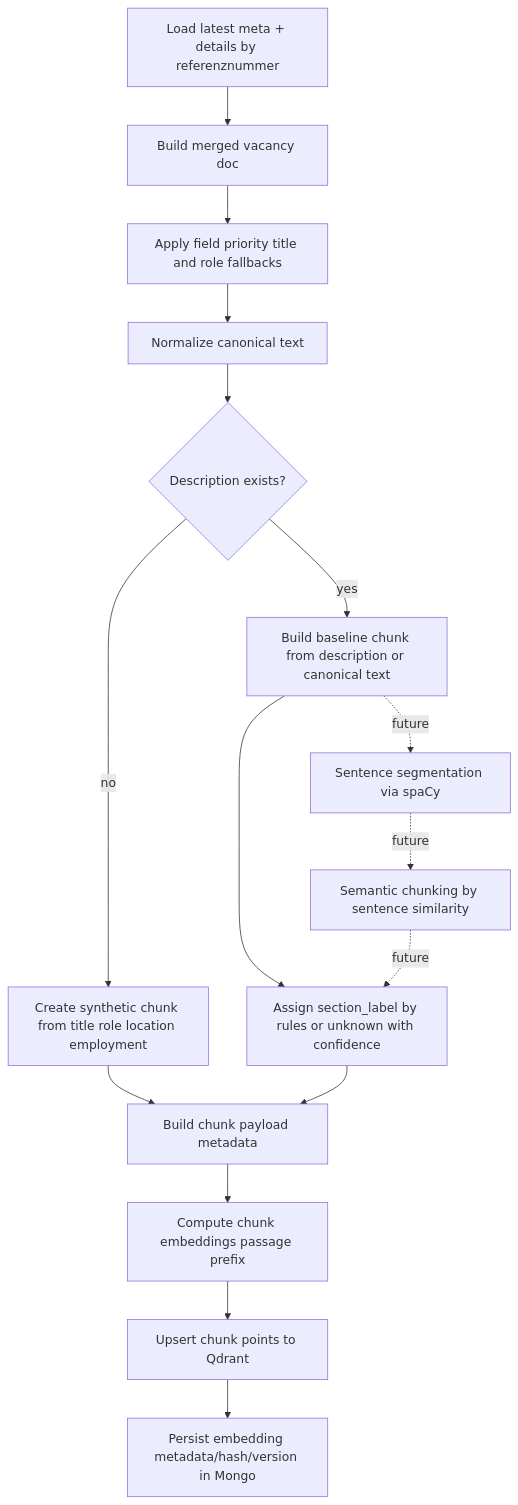
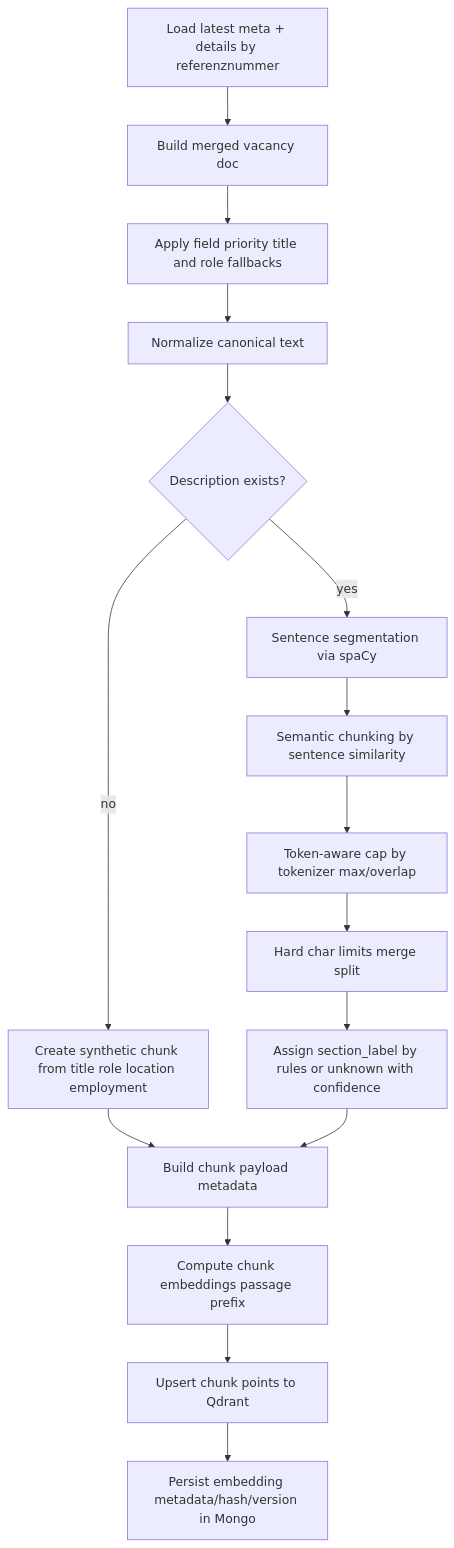
Before and after one commit to oleksiydi/jobseeker-cli-dev: the diagram in docs/architecture/16-embedding-chunking-flow-diagram.md, drawn with Mermaid. The commit also changed other lines of this file and 10 other files, not shown here.

Commit message:
feat(index): add spacy and token-aware semantic chunking flow

````diff
--- a/docs/architecture/16-embedding-chunking-flow-diagram.md
+++ b/docs/architecture/16-embedding-chunking-flow-diagram.md
@@ -11,23 +11,21 @@
 ```mermaid
 flowchart TD
     A[Load latest meta + details by referenznummer] --> B[Build merged vacancy doc]
     B --> C[Apply field priority title and role fallbacks]
     C --> D[Normalize canonical text]
     D --> E{Description exists?}
 
     E -- no --> F[Create synthetic chunk from title role location employment]
-    E -- yes --> G[Build baseline chunk from description or canonical text]
-    G --> S[Assign section_label by rules or unknown with confidence]
+    E -- yes --> P[Sentence segmentation via spaCy]
+    P --> Q[Semantic chunking by sentence similarity]
+    Q --> T[Token-aware cap by tokenizer max/overlap]
+    T --> U[Hard char limits merge split]
+    U --> S[Assign section_label by rules or unknown with confidence]
 
     F --> K[Build chunk payload metadata]
     S --> K
 
     K --> L[Compute chunk embeddings passage prefix]
     L --> N[Upsert chunk points to Qdrant]
     N --> O[Persist embedding metadata/hash/version in Mongo]
-
-    %% Planned path (not implemented yet):
-    G -. future .-> P[Sentence segmentation via spaCy]
-    P -. future .-> Q[Semantic chunking by sentence similarity]
-    Q -. future .-> S
 ```
````
